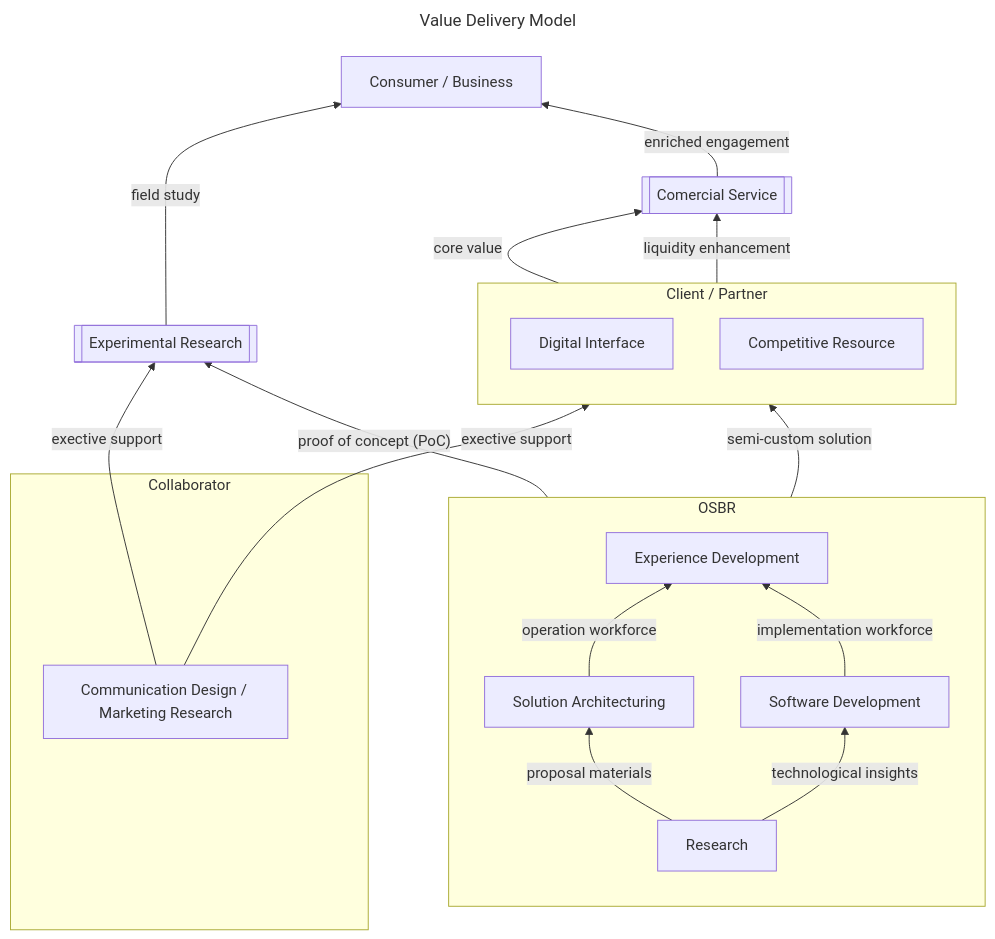
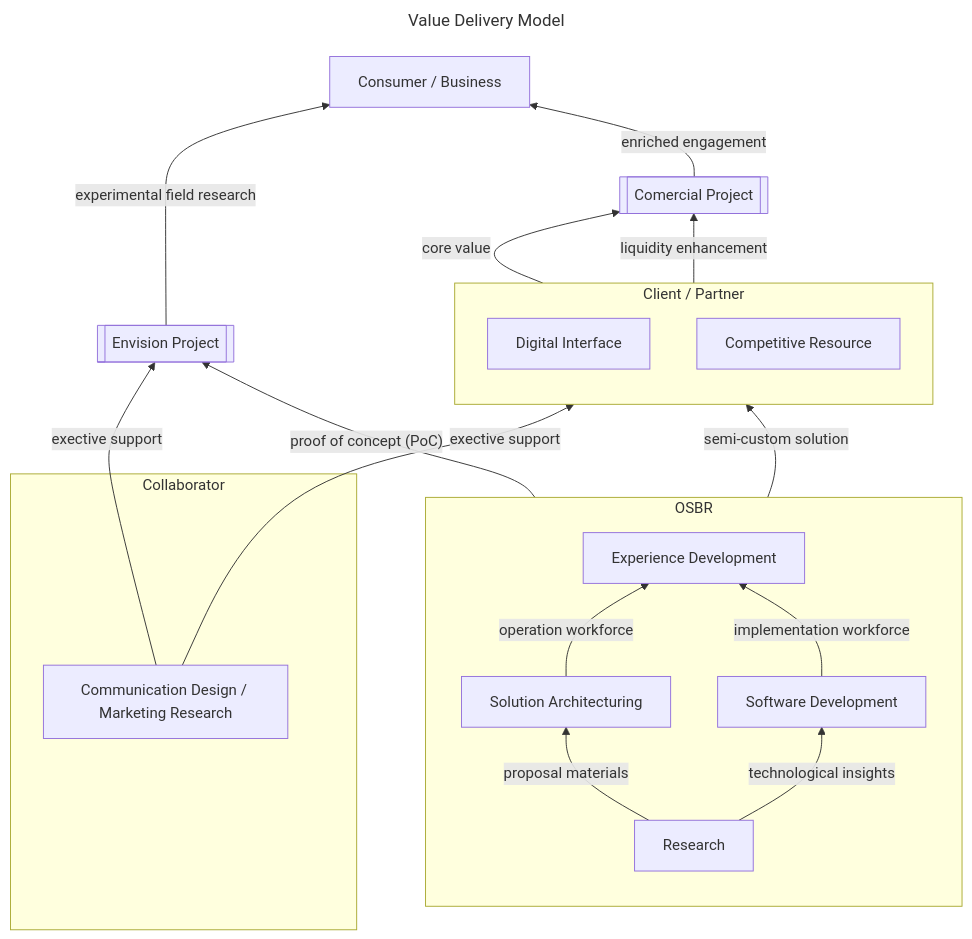
One commit to osbrjp/handbook changed the first of 5 diagrams in doc/strategy.md. Above: the diagram before and after it, drawn with Mermaid. The commit also changed other lines of this file and 1 other file, not shown here.

`````diff
--- a/doc/strategy.md
+++ b/doc/strategy.md
@@ -15,29 +15,29 @@
 ```mermaid
 ---
 title: Value Delivery Model
 ---
 graph BT;
     subgraph OSBR
       direction BT
       SA[Solution Architecturing] -- "operation workforce" --> ED[Experience Development];
       SD[Software Development] -- "implementation workforce" --> ED;
       R[Research] -- "proposal materials" --> SA;
       R[Research] -- "technological insights" --> SD;
     end
 
-    ED -- "proof of concept (PoC)" --> EFR[[Experimental Research]];
+    ED -- "proof of concept (PoC)" --> EFR[[Envision Project]];
 
     subgraph Client / Partner
       direction BT
       ED -- "semi-custom solution" --> CDE[Digital Interface];
       CCV[Competitive Resource]
     end
     subgraph Collaborator
       CD[Communication Design / Marketing Research] --"exective support"--> CDE
     end
     CD --"exective support"--> EFR
-    CCV -- "core value" --> CS[[Comercial Service]];
+    CCV -- "core value" --> CS[[Comercial Project]];
     CDE -- "liquidity enhancement" --> CS;
-    EFR -- "field study" --> U[Consumer / Business];
+    EFR -- "experimental field research" --> U[Consumer / Business];
     CS -- "enriched engagement" --> U;
 ````
`````
